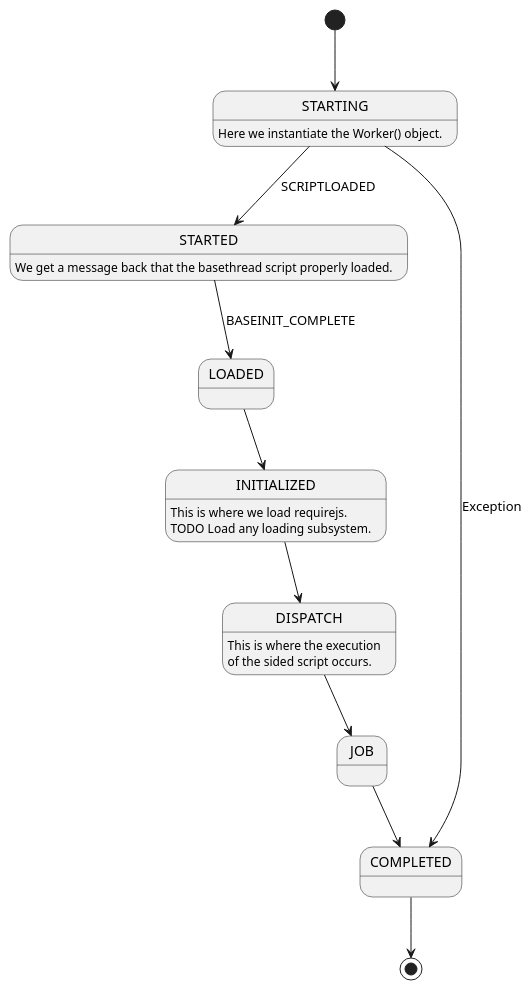
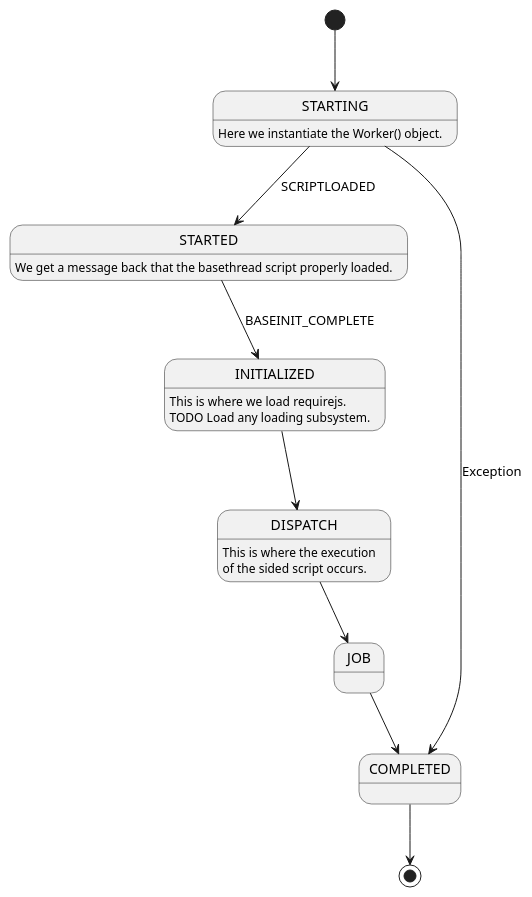
One commit to cbuteau/webjobs changed the diagram in uml/states.puml. Above: the diagram before and after it, drawn with PlantUML. The commit also changed 5 other files, not shown here.

```diff
--- a/uml/states.puml
+++ b/uml/states.puml
@@ -1,29 +1,28 @@
 @startuml
 
 
 [*] --> STARTING
 STARTING --> STARTED : SCRIPTLOADED
 STARTING : Here we instantiate the Worker() object.
 
-STARTED --> LOADED : BASEINIT_COMPLETE
+STARTED --> INITIALIZED : BASEINIT_COMPLETE
 STARTED : We get a message back that the basethread script properly loaded.
-LOADED --> INITIALIZED
 
 INITIALIZED : This is where we load requirejs.
 INITIALIZED : TODO Load any loading subsystem.
 
 
 INITIALIZED --> DISPATCH
 
 DISPATCH : This is where the execution
 DISPATCH :  of the sided script occurs.
 
 DISPATCH --> JOB
 JOB --> COMPLETED
 COMPLETED --> [*]
 
 STARTING --> COMPLETED : Exception
 
 
 
 @enduml
```
